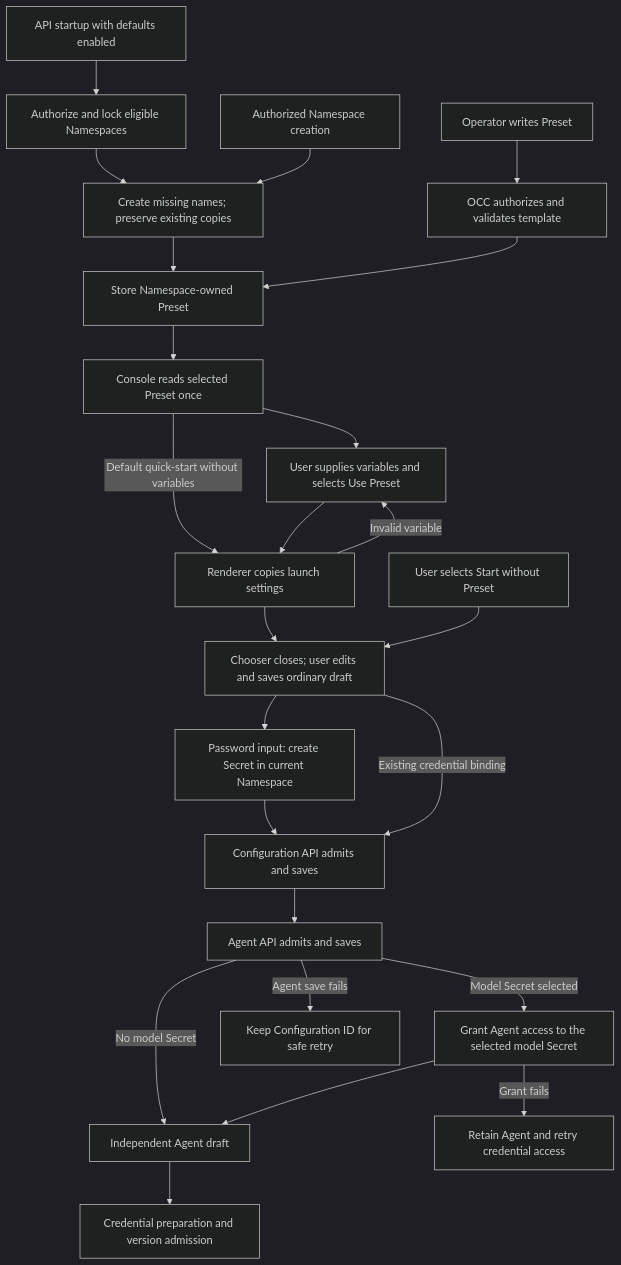
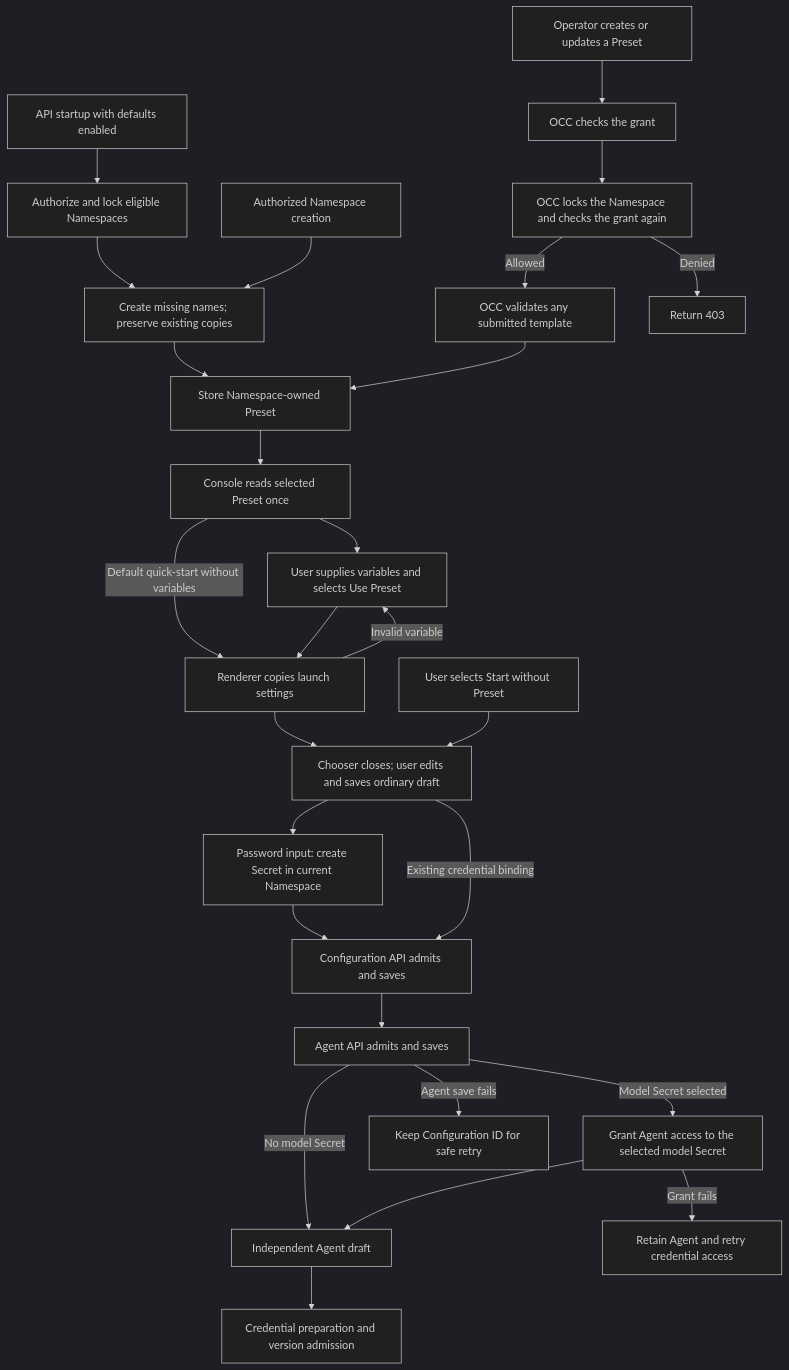
One commit to openclaw/openclaw-enterprise changed the diagram in docs/flows/agent-presets.md. Above: the diagram before and after it, drawn with Mermaid (dark theme). The commit also changed other lines of this file and 3 other files, not shown here.

Commit message:
Recheck Agent Preset update authority under the Namespace lock

````diff
--- a/docs/flows/agent-presets.md
+++ b/docs/flows/agent-presets.md
@@ -35,26 +35,29 @@
 ```mermaid
 graph TD
   S0["API startup with defaults enabled"] --> S1["Authorize and lock eligible Namespaces"]
   S1 --> S2["Create missing names; preserve existing copies"]
   S2 --> C
   N["Authorized Namespace creation"] --> S2
-  A["Operator writes Preset"] --> B["OCC authorizes and validates template"]
-  B --> C["Store Namespace-owned Preset"]
+  A["Operator creates or updates a Preset"] --> B["OCC checks the grant"]
+  B --> W["OCC locks the Namespace and checks the grant again"]
+  W -->|Allowed| V["OCC validates any submitted template"]
+  W -->|Denied| P["Return 403"]
+  V --> C["Store Namespace-owned Preset"]
   C --> D["Console reads selected Preset once"]
   D --> E["User supplies variables and selects Use Preset"]
   D -->|Default quick-start without variables| F
   E --> F["Renderer copies launch settings"]
   F --> G["Chooser closes; user edits and saves ordinary draft"]
   U["User selects Start without Preset"] --> G
   G --> S["Password input: create Secret in current Namespace"]
   S --> H["Configuration API admits and saves"]
   G -->|Existing credential binding| H
   H --> I["Agent API admits and saves"]
   I -->|Model Secret selected| O["Grant Agent access to the selected model Secret"]
   I -->|No model Secret| J
   O --> J["Independent Agent draft"]
   O -->|Grant fails| R["Retain Agent and retry credential access"]
   F -->|Invalid variable| E
   I -->|Agent save fails| K["Keep Configuration ID for safe retry"]
   J --> L["Credential preparation and version admission"]
 ```
````
